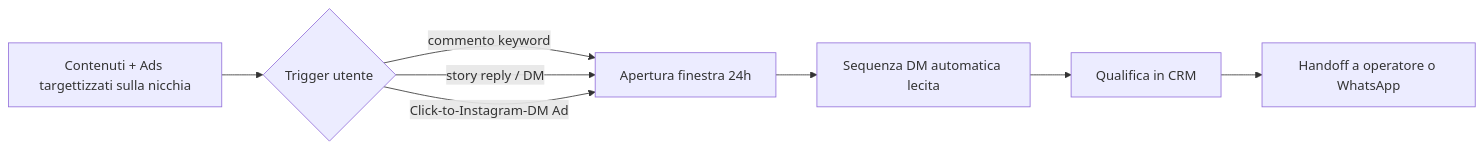
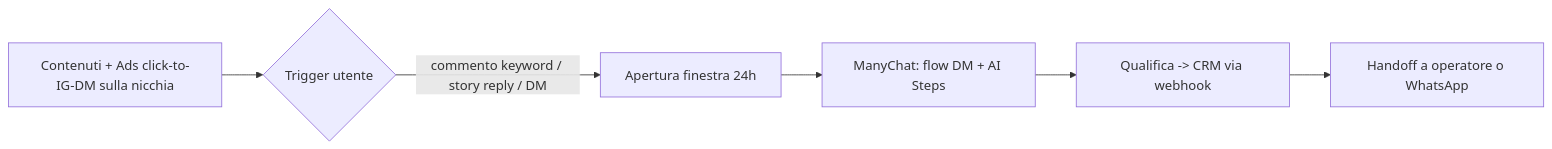
The second of 6 diagrams in docs/agenti-social-lead-gen/README.md (indigitmarketing-droid/agents-platform), drawn with Mermaid before and after one commit. The commit also changed other lines of this file and 1 other file, not shown here.

First line of the commit message:
docs: integra ManyChat come layer di esecuzione + blueprint operativo

````diff
--- a/docs/agenti-social-lead-gen/README.md
+++ b/docs/agenti-social-lead-gen/README.md
@@ -148,10 +138,8 @@
 ```mermaid
 flowchart LR
-    A[Contenuti + Ads targettizzati sulla nicchia] --> B{Trigger utente}
-    B -->|commento keyword| C[Apertura finestra 24h]
-    B -->|story reply / DM| C
-    B -->|Click-to-Instagram-DM Ad| C
-    C --> D[Sequenza DM automatica lecita]
-    D --> E[Qualifica in CRM]
+    A[Contenuti + Ads click-to-IG-DM sulla nicchia] --> B{Trigger utente}
+    B -->|commento keyword / story reply / DM| C[Apertura finestra 24h]
+    C --> D[ManyChat: flow DM + AI Steps]
+    D --> E[Qualifica -> CRM via webhook]
     E --> F[Handoff a operatore o WhatsApp]
 ```
````
